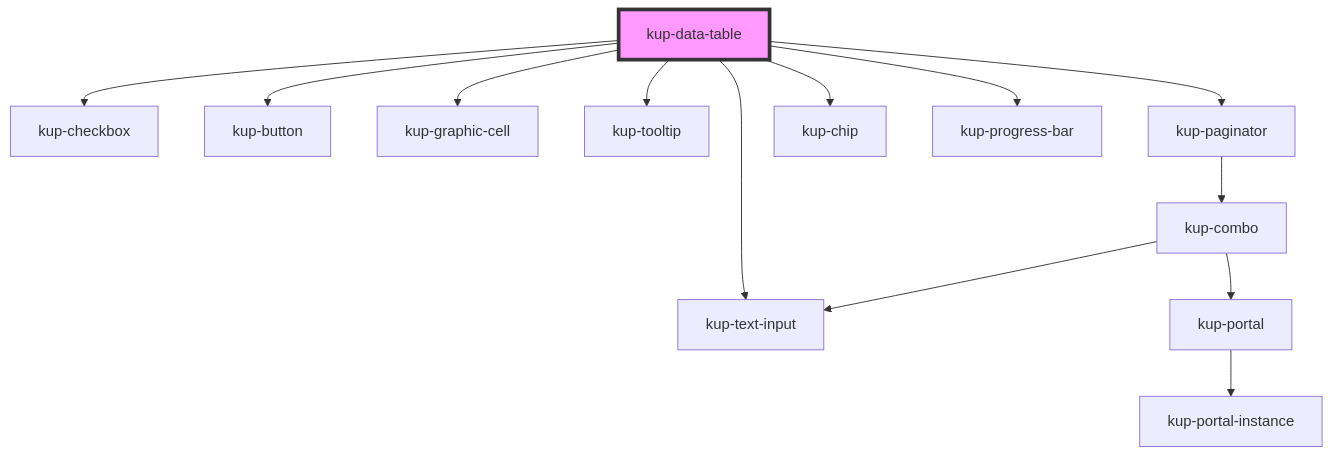
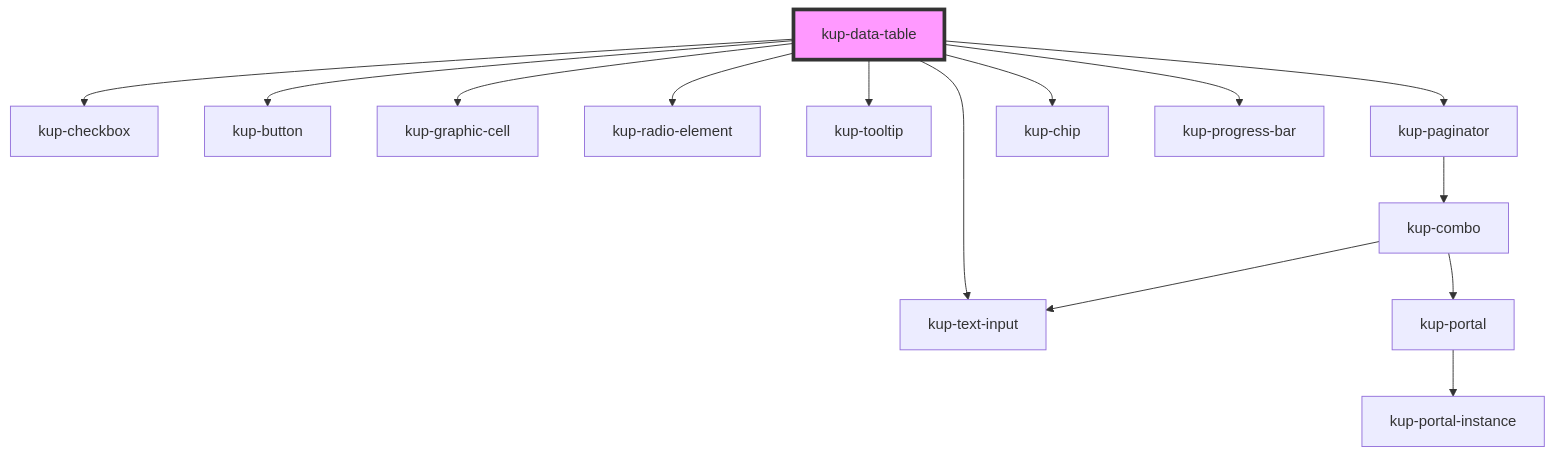
Before and after one commit to smeup/ketchup: the diagram in packages/ketchup/src/components/kup-data-table/readme.md, drawn with Mermaid. The commit also changed other lines of this file and 3 other files, not shown here.

````diff
--- a/packages/ketchup/src/components/kup-data-table/readme.md
+++ b/packages/ketchup/src/components/kup-data-table/readme.md
@@ -149,16 +151,17 @@
 ```mermaid
 graph TD;
   kup-data-table --> kup-text-input
   kup-data-table --> kup-checkbox
   kup-data-table --> kup-button
   kup-data-table --> kup-graphic-cell
+  kup-data-table --> kup-radio-element
   kup-data-table --> kup-tooltip
   kup-data-table --> kup-paginator
   kup-data-table --> kup-chip
   kup-data-table --> kup-progress-bar
   kup-paginator --> kup-combo
   kup-combo --> kup-text-input
   kup-combo --> kup-portal
   kup-portal --> kup-portal-instance
   style kup-data-table fill:#f9f,stroke:#333,stroke-width:4px
 ```
````
